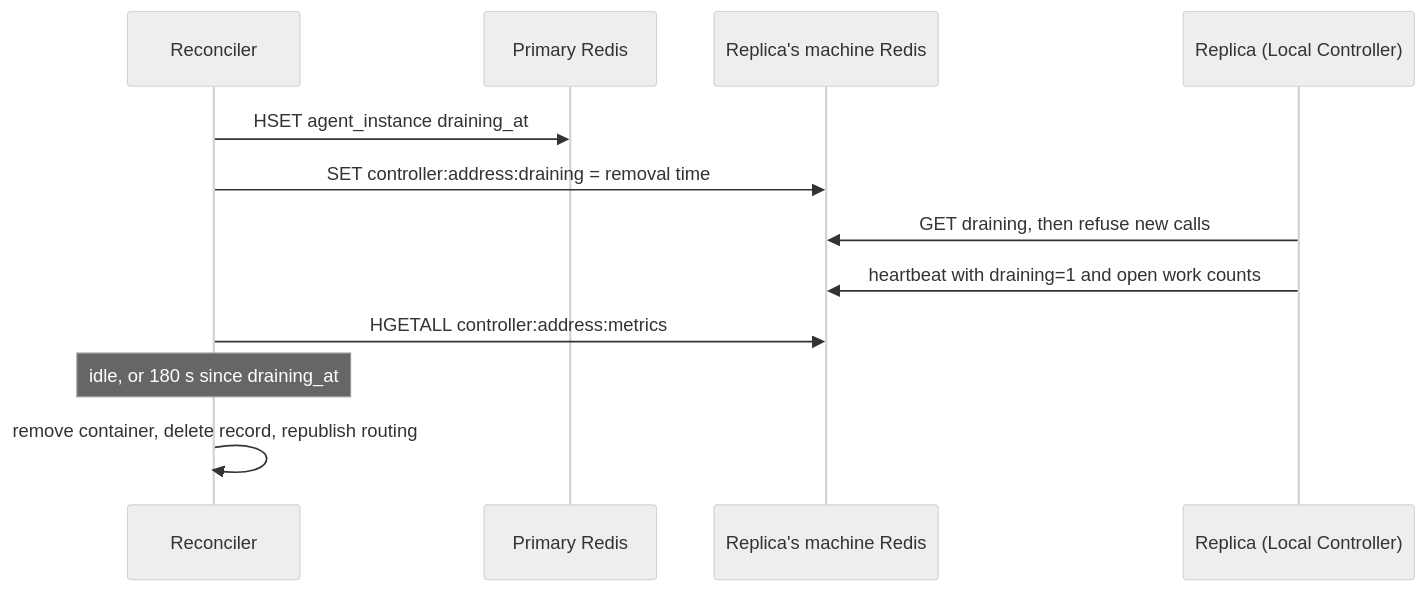
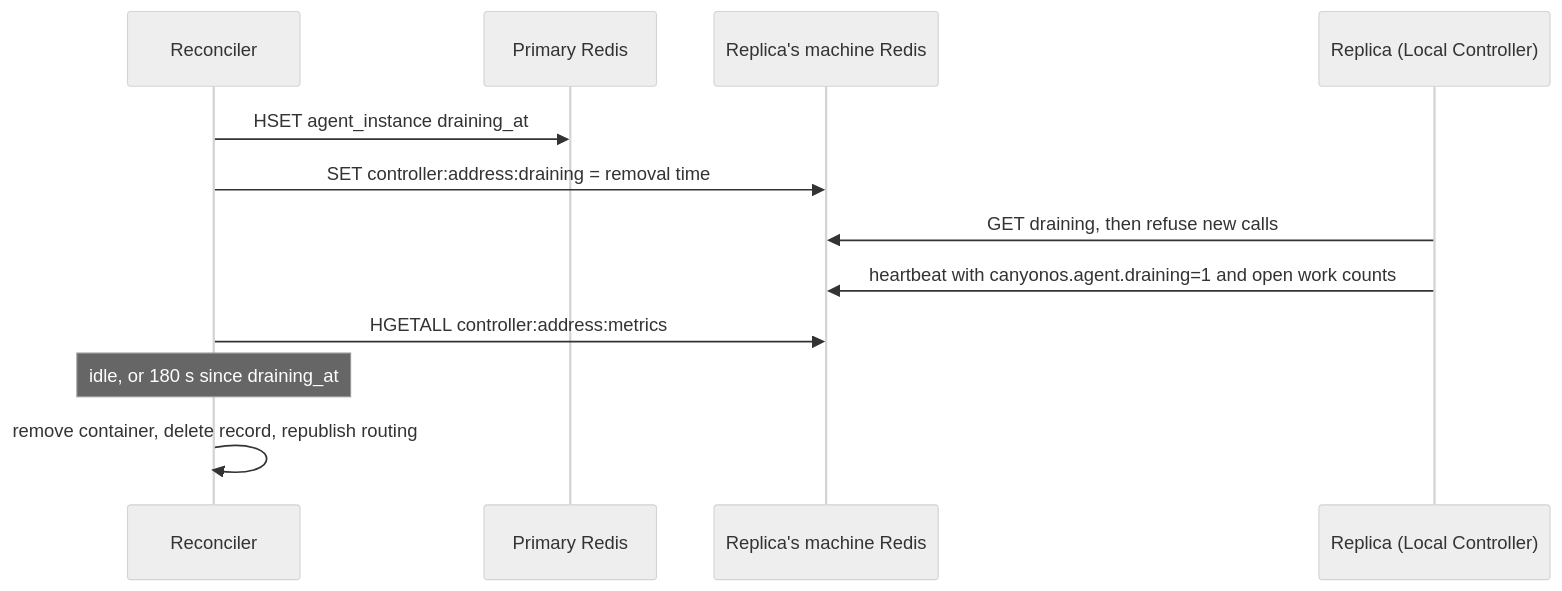
The second of 2 diagrams in docs/architecture/RECONCILER.md (CanyonCodeCoreAI/canyonos), drawn with Mermaid (neutral theme) before and after one commit. The commit also changed 72 other files, not shown here.

````diff
--- a/docs/architecture/RECONCILER.md
+++ b/docs/architecture/RECONCILER.md
@@ -117,15 +117,15 @@
 ```mermaid
 sequenceDiagram
     participant RC as Reconciler
     participant R as Primary Redis
     participant MR as Replica's machine Redis
     participant L as Replica (Local Controller)
 
     RC->>R: HSET agent_instance draining_at
     RC->>MR: SET controller:address:draining = removal time
     L->>MR: GET draining, then refuse new calls
-    L->>MR: heartbeat with draining=1 and open work counts
+    L->>MR: heartbeat with canyonos.agent.draining=1 and open work counts
     RC->>MR: HGETALL controller:address:metrics
     Note over RC: idle, or 180 s since draining_at
     RC->>RC: remove container, delete record, republish routing
 ```
````
